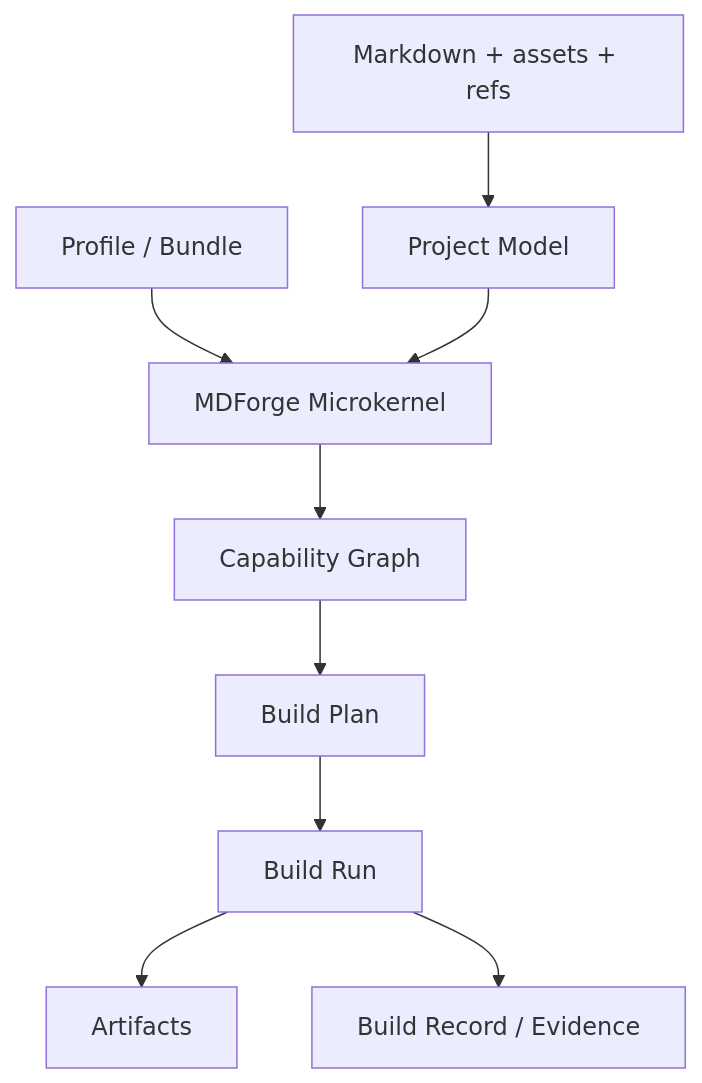
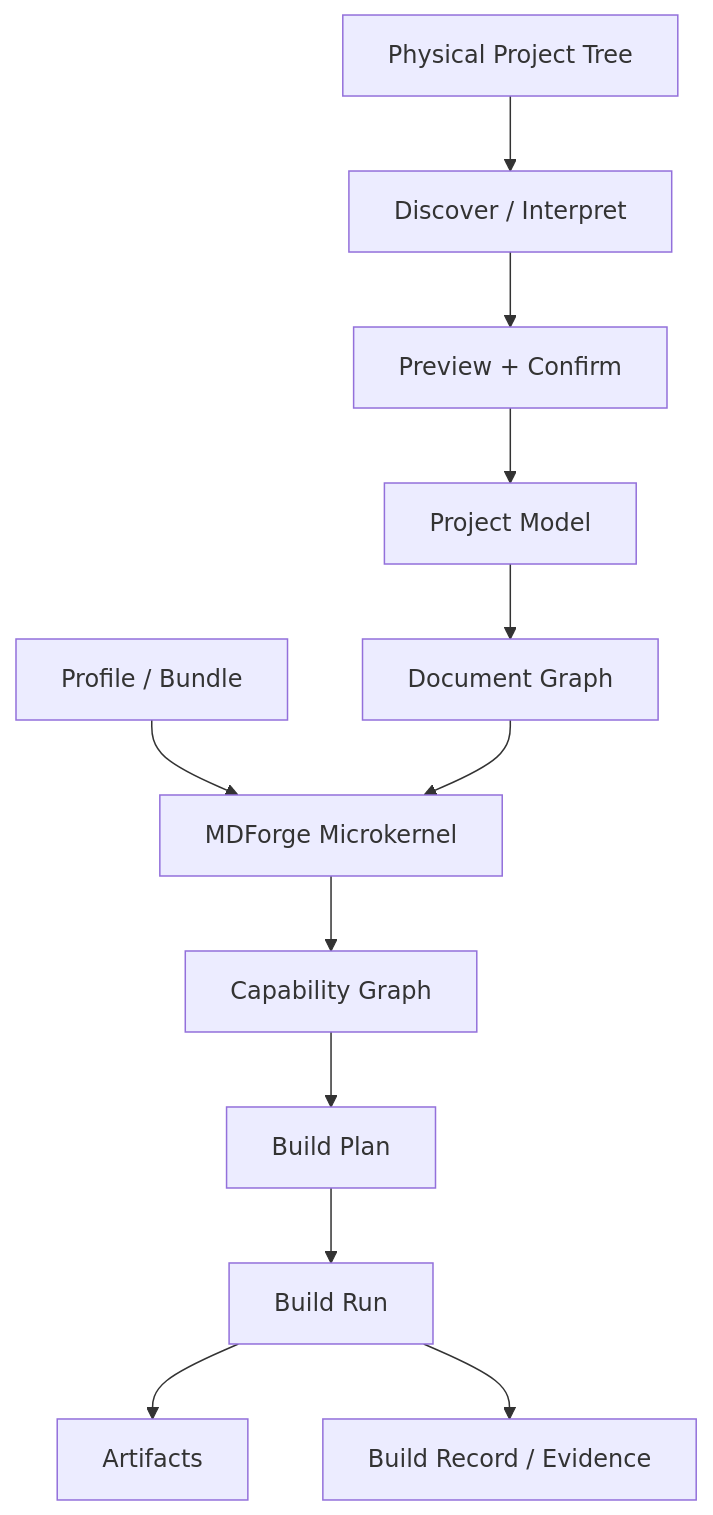
Diagram 14 of 14 in _/agents/roaming/memory-diagrams/01-product-architecture/memory-diagram-mdforge-modular-agent-native-document-forge.md (Crackovis/Mdforge), drawn with Mermaid before and after one commit. The commit also changed other lines of this file, not shown here.

````diff
--- a/_/agents/roaming/memory-diagrams/01-product-architecture/memory-diagram-mdforge-modular-agent-native-document-forge.md
+++ b/_/agents/roaming/memory-diagrams/01-product-architecture/memory-diagram-mdforge-modular-agent-native-document-forge.md
@@ -979,21 +1193,27 @@
 ```mermaid
 flowchart TD
-    SRC["Markdown + assets + refs"]
+    ROOT["Physical Project Tree"]
+    DISC["Discover / Interpret"]
+    PRE["Preview + Confirm"]
     PROJ["Project Model"]
+    DOC["Document Graph"]
     PROF["Profile / Bundle"]
     K["MDForge Microkernel"]
     REG["Capability Graph"]
     PLAN["Build Plan"]
     RUN["Build Run"]
     ART["Artifacts"]
     REC["Build Record / Evidence"]
 
-    SRC --> PROJ
+    ROOT --> DISC
+    DISC --> PRE
+    PRE --> PROJ
+    PROJ --> DOC
     PROF --> K
-    PROJ --> K
+    DOC --> K
     K --> REG
     REG --> PLAN
     PLAN --> RUN
     RUN --> ART
     RUN --> REC
 ```
````
